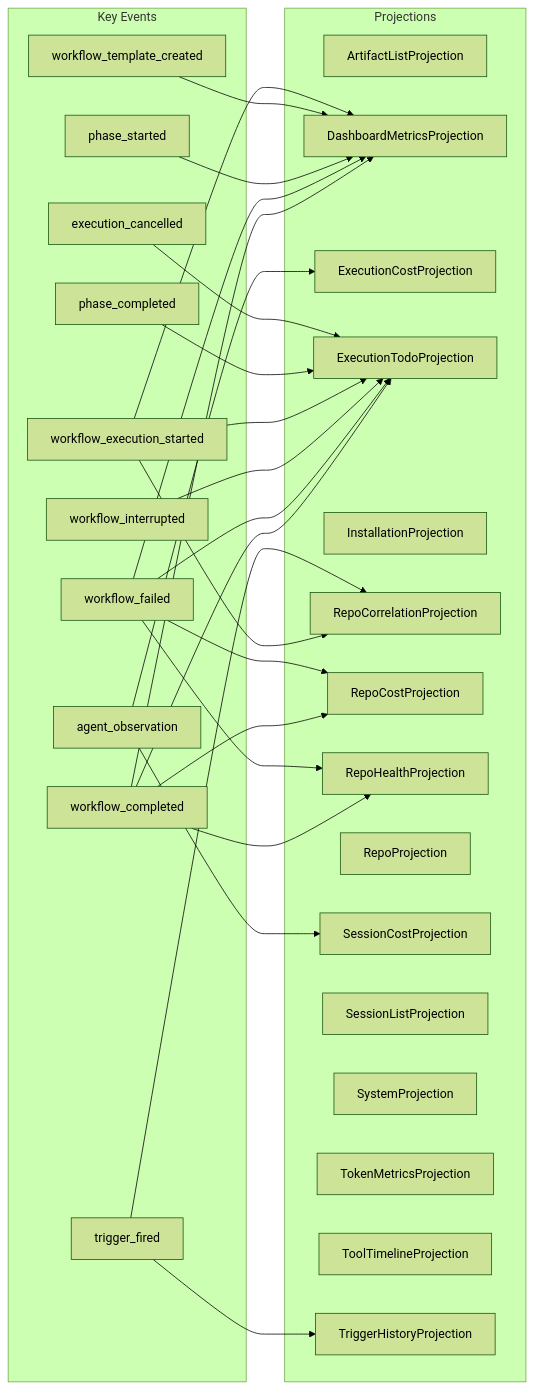
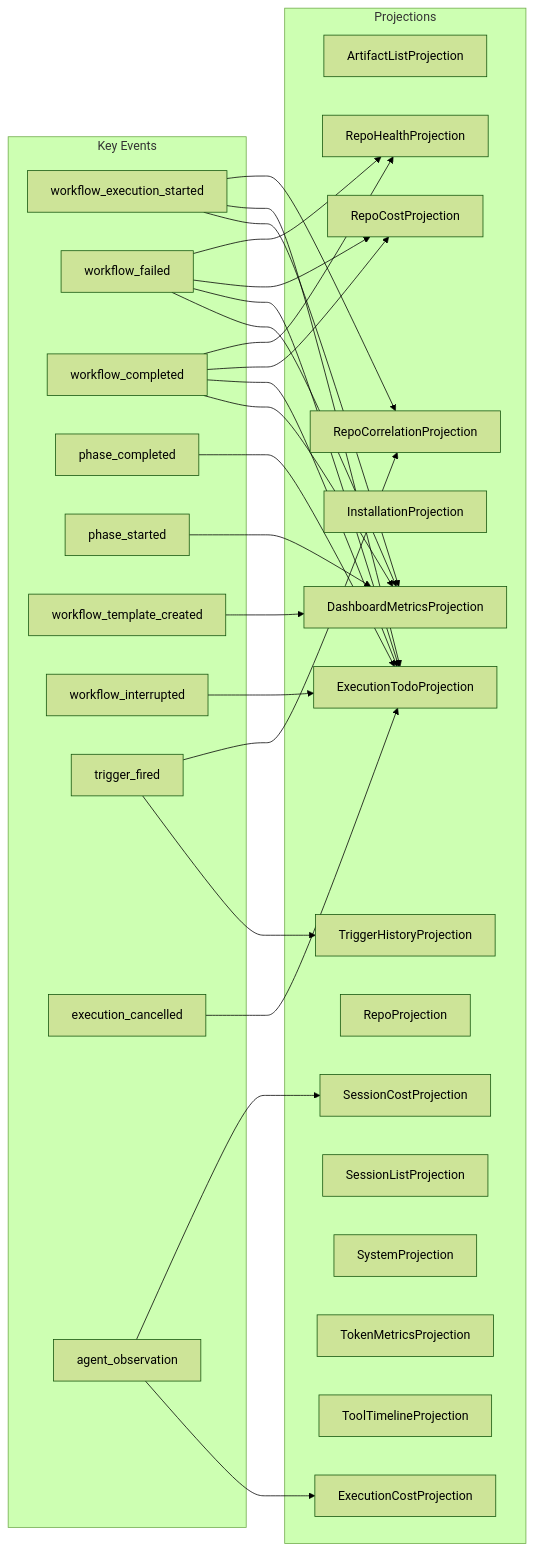
Before and after one commit to syntropic137/syntropic137: the diagram in docs/architecture/projection-subscriptions.md, drawn with Mermaid (forest theme). The commit also changed 5 other files, not shown here.

````diff
--- a/docs/architecture/projection-subscriptions.md
+++ b/docs/architecture/projection-subscriptions.md
@@ -15,54 +15,54 @@
 ```mermaid
 graph LR
     subgraph events["Key Events"]
         e1[workflow_execution_started]
-        e2[workflow_completed]
-        e3[workflow_failed]
+        e2[workflow_failed]
+        e3[workflow_completed]
         e4[phase_completed]
         e5[phase_started]
-        e6[workflow_interrupted]
-        e7[workflow_template_created]
+        e6[workflow_template_created]
+        e7[workflow_interrupted]
         e8[trigger_fired]
         e9[execution_cancelled]
         e10[agent_observation]
     end
 
     subgraph projections["Projections"]
         p1[ArtifactListProjection]
         p2[DashboardMetricsProjection]
         p3[ExecutionCostProjection]
         p4[ExecutionTodoProjection]
         p5[InstallationProjection]
         p6[RepoCorrelationProjection]
         p7[RepoCostProjection]
         p8[RepoHealthProjection]
         p9[RepoProjection]
         p10[SessionCostProjection]
         p11[SessionListProjection]
         p12[SystemProjection]
         p13[TokenMetricsProjection]
         p14[ToolTimelineProjection]
         p15[TriggerHistoryProjection]
     end
 
-    e10 --> p10
-    e10 --> p3
+    e5 --> p2
     e2 --> p8
     e2 --> p7
     e2 --> p4
     e2 --> p2
+    e6 --> p2
+    e10 --> p10
+    e10 --> p3
+    e7 --> p4
+    e8 --> p6
+    e8 --> p15
+    e1 --> p6
+    e1 --> p4
+    e1 --> p2
+    e4 --> p4
     e3 --> p8
     e3 --> p7
     e3 --> p4
     e3 --> p2
-    e5 --> p2
-    e6 --> p4
-    e7 --> p2
-    e1 --> p6
-    e1 --> p4
-    e1 --> p2
-    e4 --> p4
-    e8 --> p6
-    e8 --> p15
     e9 --> p4
 ```
````
